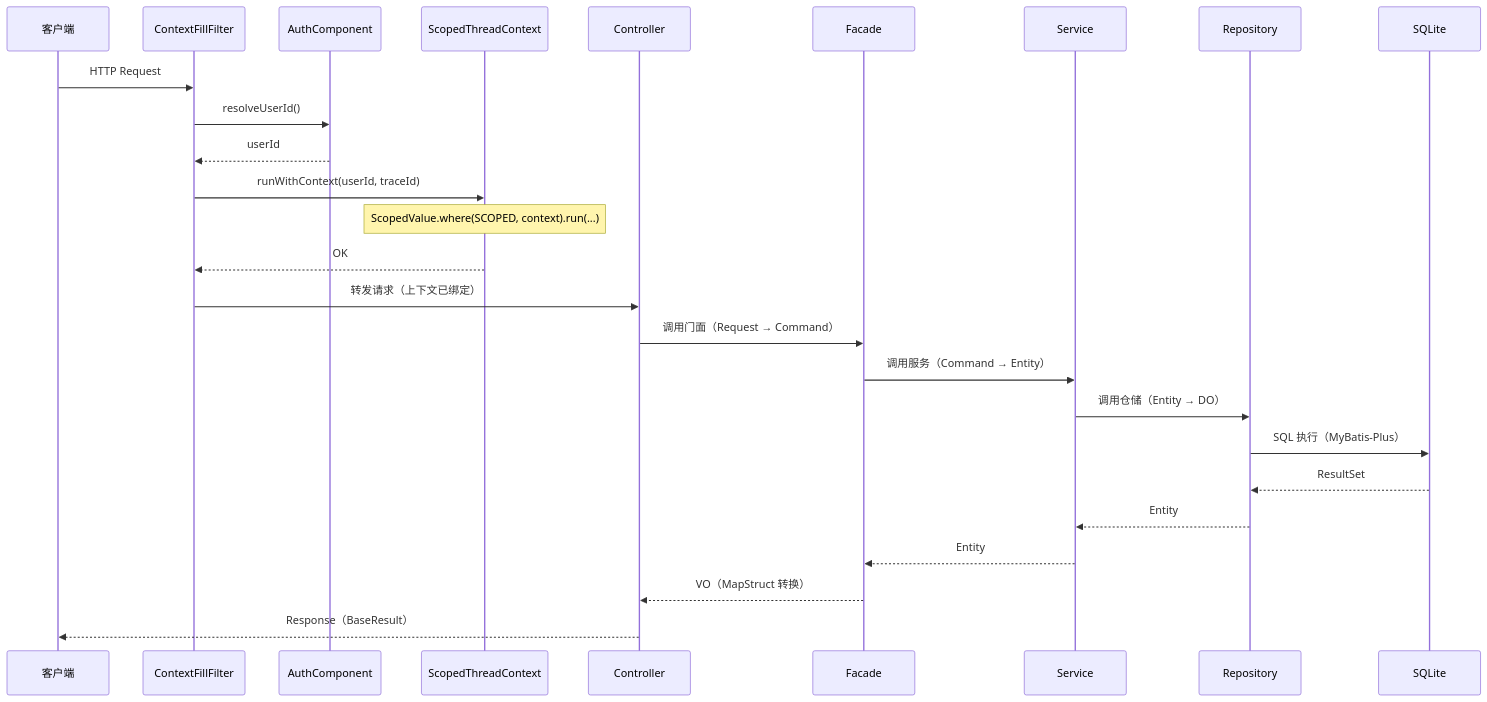
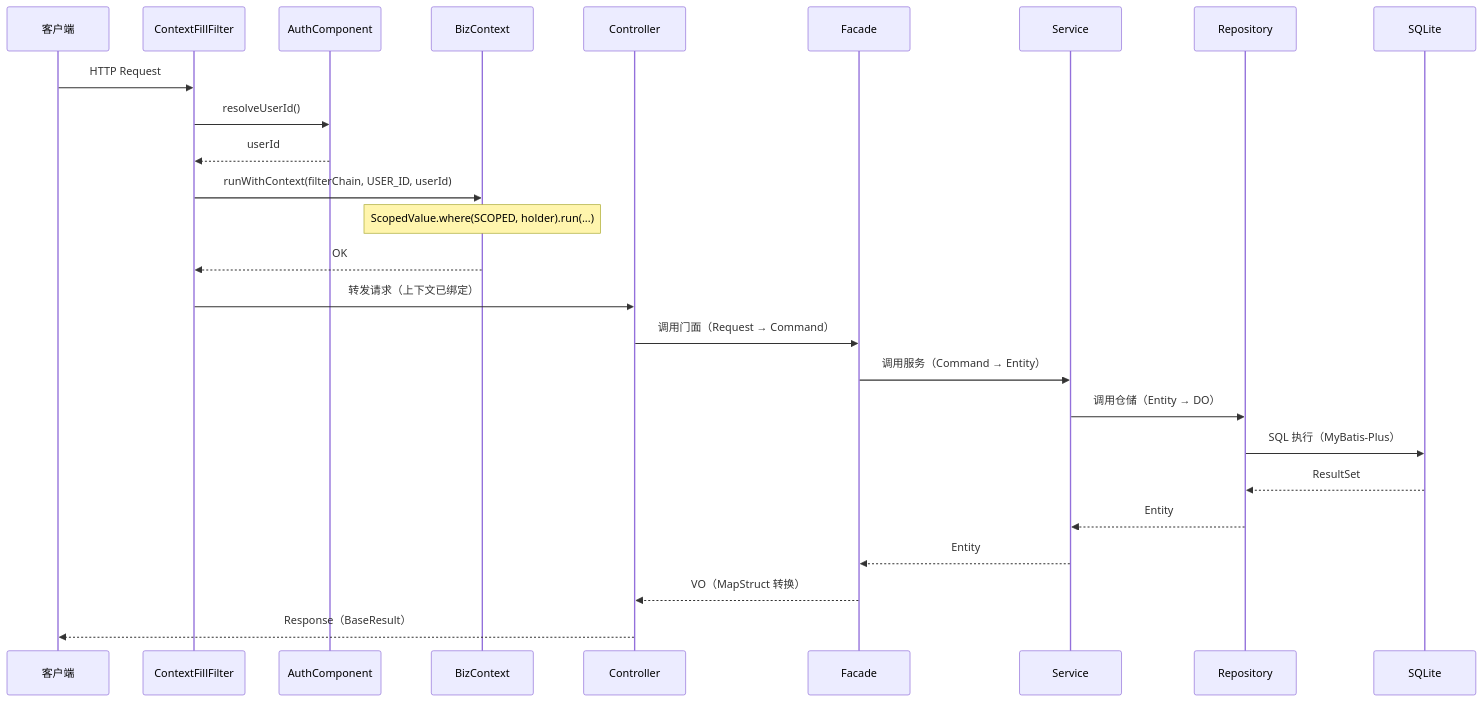
Before and after one commit to LeoNardo-LB/web-quick-start-light: the first of 3 diagrams in docs/architecture/request-lifecycle.md, drawn with Mermaid. The commit also changed other lines of this file and 26 other files, not shown here.

First line of the commit message:
docs: 修复 27 个文件的大规模文档漂移（ScopedThreadContext→BizContext、Micrometer→OTel、middleware→component）

````diff
--- a/docs/architecture/request-lifecycle.md
+++ b/docs/architecture/request-lifecycle.md
@@ -21,29 +21,29 @@
 ```mermaid
 sequenceDiagram
     participant Client as 客户端
     participant Filter as ContextFillFilter
     participant Auth as AuthComponent
-    participant Ctx as ScopedThreadContext
+    participant Ctx as BizContext
     participant Ctrl as Controller
     participant Fac as Facade
     participant Svc as Service
     participant Repo as Repository
     participant DB as SQLite
 
     Client->>Filter: HTTP Request
     Filter->>Auth: resolveUserId()
     Auth-->>Filter: userId
-    Filter->>Ctx: runWithContext(userId, traceId)
-    Note over Ctx: ScopedValue.where(SCOPED, context).run(...)
+    Filter->>Ctx: runWithContext(filterChain, USER_ID, userId)
+    Note over Ctx: ScopedValue.where(SCOPED, holder).run(...)
     Ctx-->>Filter: OK
     Filter->>Ctrl: 转发请求（上下文已绑定）
     Ctrl->>Fac: 调用门面（Request → Command）
     Fac->>Svc: 调用服务（Command → Entity）
     Svc->>Repo: 调用仓储（Entity → DO）
     Repo->>DB: SQL 执行（MyBatis-Plus）
     DB-->>Repo: ResultSet
     Repo-->>Svc: Entity
     Svc-->>Fac: Entity
     Fac-->>Ctrl: VO（MapStruct 转换）
     Ctrl-->>Client: Response（BaseResult）
 ```
````
